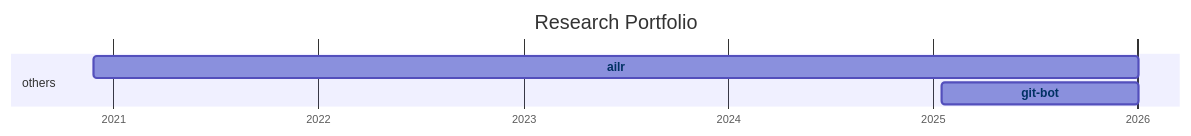
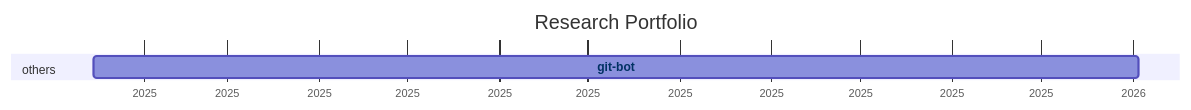
The diagram in docs/20-research/25-projects-gantt.md (digital-work-lab/handbook), drawn with Mermaid before and after one commit. The commit also changed 49 other files, not shown here.

````diff
--- a/docs/20-research/25-projects-gantt.md
+++ b/docs/20-research/25-projects-gantt.md
@@ -8,23 +8,21 @@
 ```mermaid
 ---
 displayMode: compact
 ---
 gantt
 title Research Portfolio
 dateFormat YYYY-MM-DD
 axisFormat %Y
 
     section work_practices
 
     section distributed_organizing
 
     section knowledge_synthesis
 
     section others
-        git-bot :git-bot, 2025-01-15, 2026-01-02
-        ailr :ailr, 2020-11-26, 2026-01-02
+        git-bot :git-bot, 2025-01-15, 2026-01-03
 
 
     click git-bot href "{{ site.baseurl }}/docs/10-lab/18-resources/git-bot.html"
-    click ailr href "{{ site.baseurl }}/docs/10-lab/18-resources/ailr.html"
 ```
````
